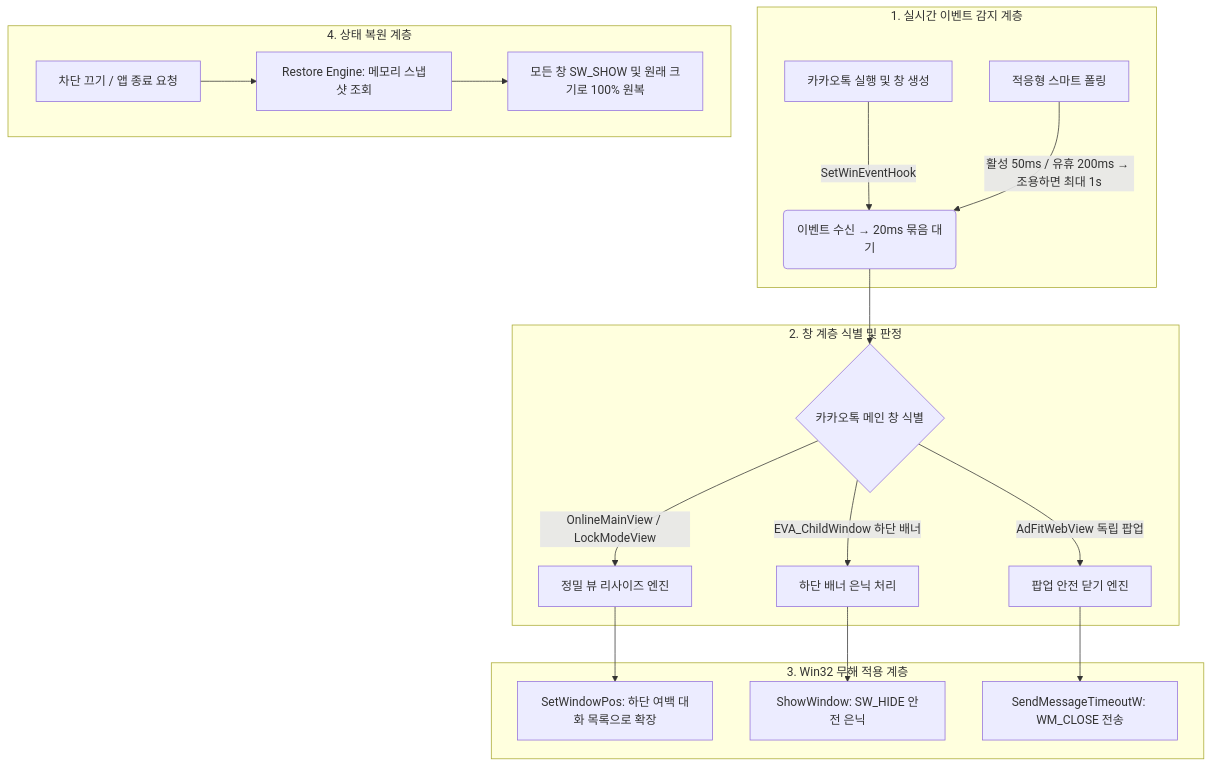
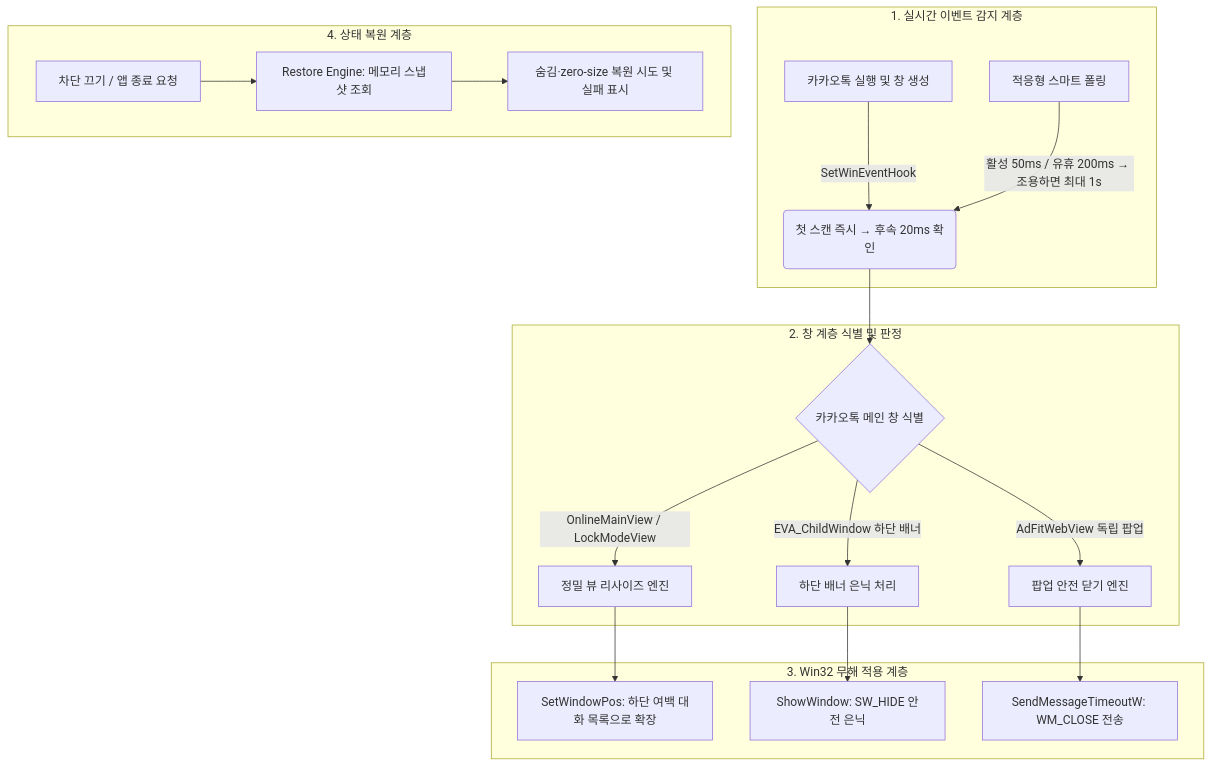
Before and after one commit to twbeatles/kakaotalk-layout-adblocker: the diagram in README.md, drawn with Mermaid. The commit also changed other lines of this file and 30 other files, not shown here.

````diff
--- a/README.md
+++ b/README.md
@@ -108,25 +108,25 @@
 ```mermaid
 flowchart TD
     subgraph Detection["1. 실시간 이벤트 감지 계층"]
-        A[카카오톡 실행 및 창 생성] -->|SetWinEventHook| B(이벤트 수신 → 20ms 묶음 대기)
+        A[카카오톡 실행 및 창 생성] -->|SetWinEventHook| B(첫 스캔 즉시 → 후속 20ms 확인)
         C[적응형 스마트 폴링] -->|활성 50ms / 유휴 200ms → 조용하면 최대 1s| B
     end
 
     subgraph Inspection["2. 창 계층 식별 및 판정"]
         B --> D{카카오톡 메인 창 식별}
         D -->|OnlineMainView / LockModeView| E[정밀 뷰 리사이즈 엔진]
         D -->|EVA_ChildWindow 하단 배너| F[하단 배너 은닉 처리]
         D -->|AdFitWebView 독립 팝업| G[팝업 안전 닫기 엔진]
     end
 
     subgraph Action["3. Win32 무해 적용 계층"]
         E --> H[SetWindowPos: 하단 여백 대화 목록으로 확장]
         F --> I[ShowWindow: SW_HIDE 안전 은닉]
         G --> J[SendMessageTimeoutW: WM_CLOSE 전송]
     end
 
     subgraph Restore["4. 상태 복원 계층"]
         K[차단 끄기 / 앱 종료 요청] --> L[Restore Engine: 메모리 스냅샷 조회]
-        L --> M[모든 창 SW_SHOW 및 원래 크기로 100% 원복]
+        L --> M[숨김·zero-size 복원 시도 및 실패 표시]
     end
 ```
````
